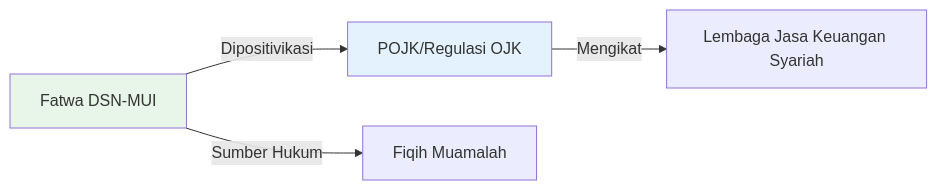
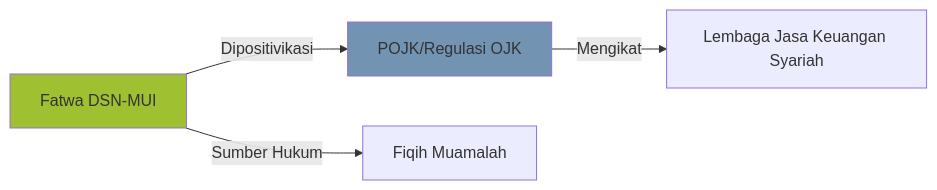
One commit to hifdzimaulana/beate-vivere changed diagram 11 of 12 in content/Lectures/uas-pasmod.md. Above: the diagram before and after it, drawn with Mermaid. The commit also changed other lines of this file, not shown here.

````diff
--- a/content/Lectures/uas-pasmod.md
+++ b/content/Lectures/uas-pasmod.md
@@ -1000,9 +1026,9 @@
 ```mermaid
 graph LR
     A[Fatwa DSN-MUI] -->|Dipositivikasi| B[POJK/Regulasi OJK]
     B -->|Mengikat| C[Lembaga Jasa Keuangan Syariah]
     A -->|Sumber Hukum| D[Fiqih Muamalah]
     
-    style A fill:#e8f5e9
-    style B fill:#e3f2fd
+    style A fill:#9FC131
+    style B fill:#7393B3
 ```
````
